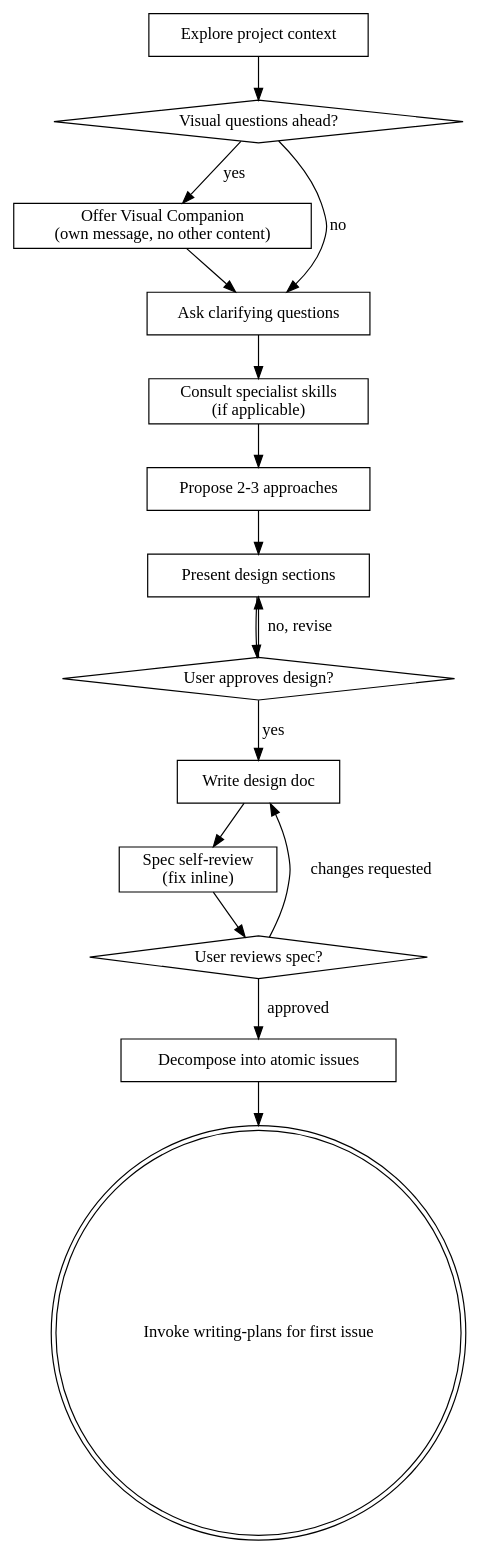
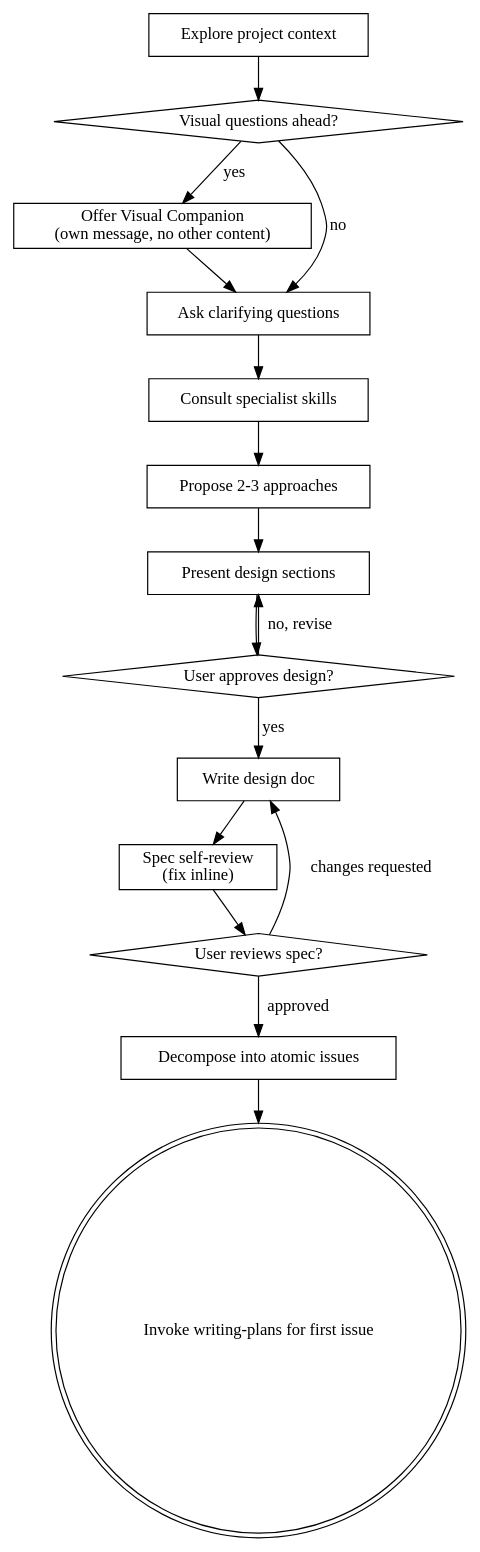
One commit to slgoodrich/superpowers changed the diagram in skills/brainstorming/SKILL.md. Above: the diagram before and after it, drawn with Graphviz. The commit also changed 1 other file, not shown here.

Commit message:
feat(writing-plans): adapt for per-issue input
Adds an explicit Input/Output note: writing-plans consumes one atomic
issue from the spec's issue list and produces one plan per issue.

Updates the save-path placeholder from <feature-name> to <issue-name>
and the plan header placeholder from [Feature Name] to [Issue Title]
to match the per-issue model.

Specialist consultation does not happen here. Architectural choices
were already made in brainstorming and encoded in the spec; this
skill just decomposes the design into TDD tasks.

Untouched: scope check, file structure section, bite-sized task
granularity, task structure, no-placeholders rule, self-review,
execution handoff. Carefully-tuned upstream content preserved.

````diff
--- a/skills/brainstorming/SKILL.md
+++ b/skills/brainstorming/SKILL.md
@@ -38,33 +38,33 @@
 ```dot
 digraph brainstorming {
     "Explore project context" [shape=box];
     "Visual questions ahead?" [shape=diamond];
     "Offer Visual Companion\n(own message, no other content)" [shape=box];
     "Ask clarifying questions" [shape=box];
-    "Consult specialist skills\n(if applicable)" [shape=box];
+    "Consult specialist skills" [shape=box];
     "Propose 2-3 approaches" [shape=box];
     "Present design sections" [shape=box];
     "User approves design?" [shape=diamond];
     "Write design doc" [shape=box];
     "Spec self-review\n(fix inline)" [shape=box];
     "User reviews spec?" [shape=diamond];
     "Decompose into atomic issues" [shape=box];
     "Invoke writing-plans for first issue" [shape=doublecircle];
 
     "Explore project context" -> "Visual questions ahead?";
     "Visual questions ahead?" -> "Offer Visual Companion\n(own message, no other content)" [label="yes"];
     "Visual questions ahead?" -> "Ask clarifying questions" [label="no"];
     "Offer Visual Companion\n(own message, no other content)" -> "Ask clarifying questions";
-    "Ask clarifying questions" -> "Consult specialist skills\n(if applicable)";
-    "Consult specialist skills\n(if applicable)" -> "Propose 2-3 approaches";
+    "Ask clarifying questions" -> "Consult specialist skills";
+    "Consult specialist skills" -> "Propose 2-3 approaches";
     "Propose 2-3 approaches" -> "Present design sections";
     "Present design sections" -> "User approves design?";
     "User approves design?" -> "Present design sections" [label="no, revise"];
     "User approves design?" -> "Write design doc" [label="yes"];
     "Write design doc" -> "Spec self-review\n(fix inline)";
     "Spec self-review\n(fix inline)" -> "User reviews spec?";
     "User reviews spec?" -> "Write design doc" [label="changes requested"];
     "User reviews spec?" -> "Decompose into atomic issues" [label="approved"];
     "Decompose into atomic issues" -> "Invoke writing-plans for first issue";
 }
 ```
````
